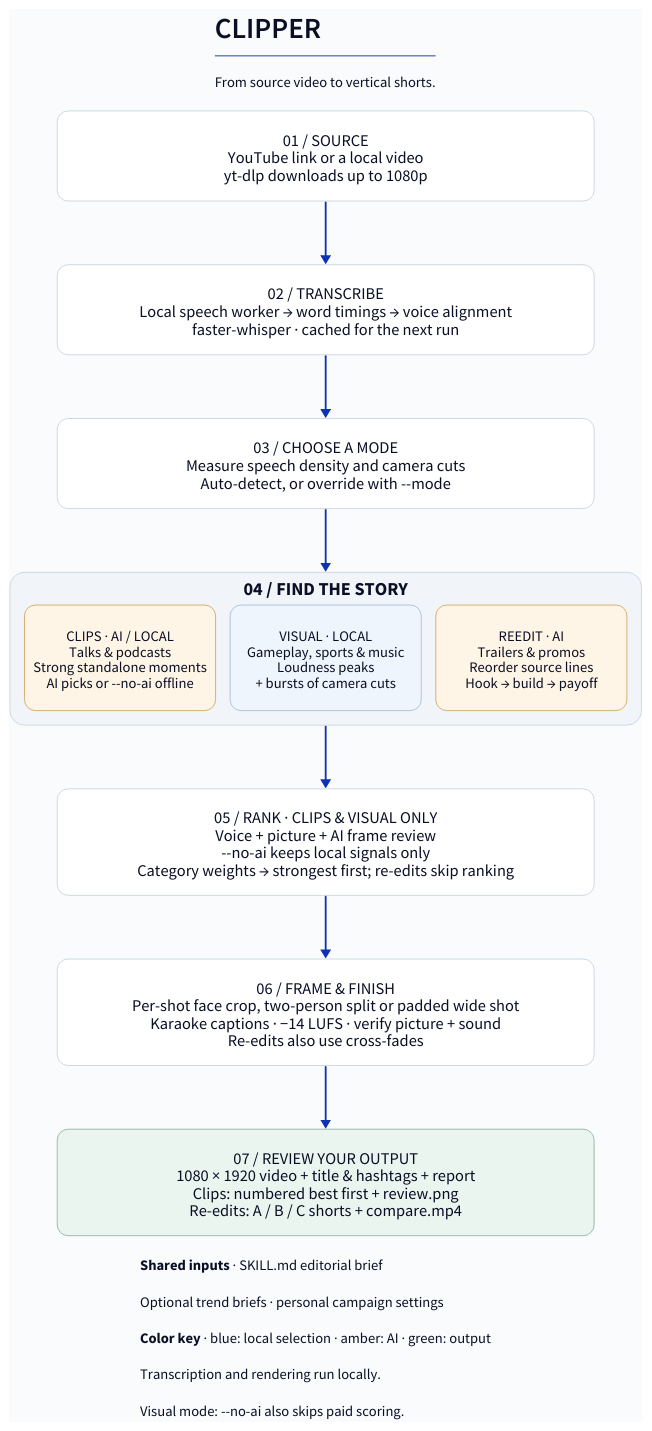
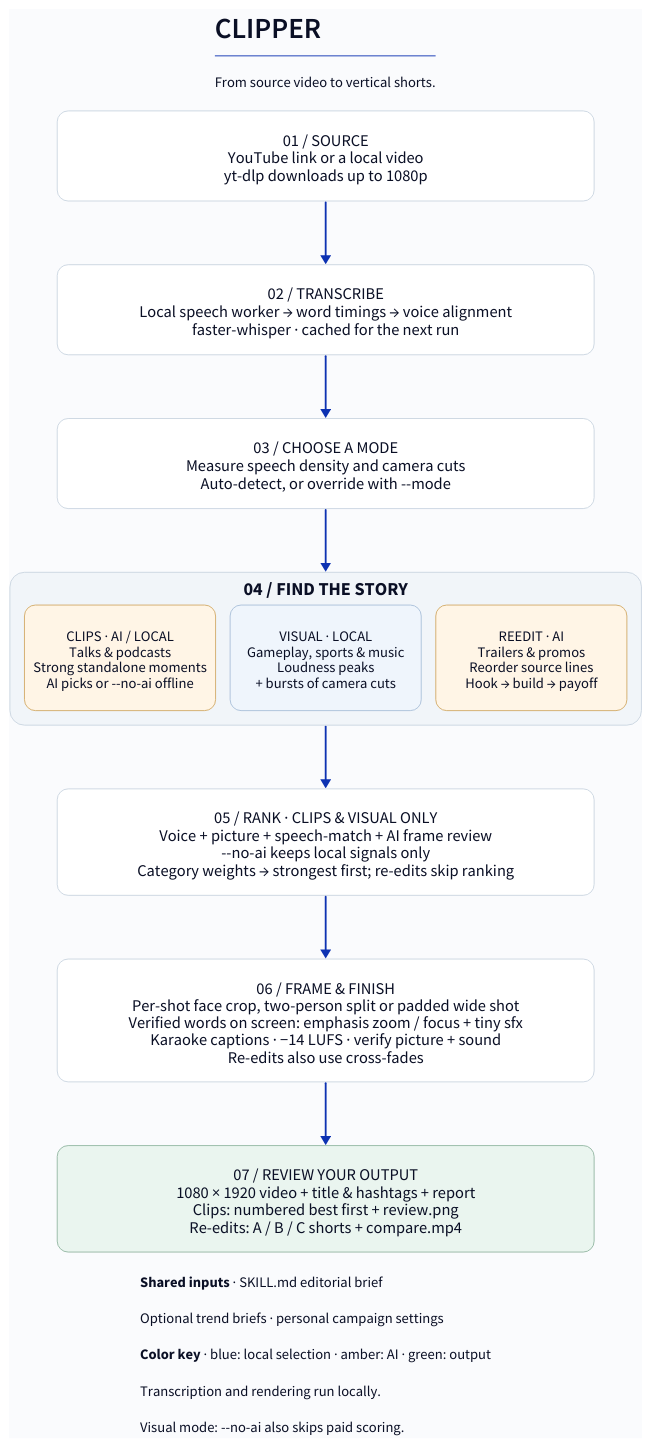
One commit to vaclavikjonas373-dotcom/clipper changed the diagram in docs/architecture/pipeline.d2. Above: the diagram before and after it, drawn with D2. The commit also changed 19 other files, not shown here.

```diff
--- a/docs/architecture/pipeline.d2
+++ b/docs/architecture/pipeline.d2
@@ -1,48 +1,48 @@
 # Portrait overview. Regenerate with: bash docs/architecture/render.sh
 vars: {d2-config: {layout-engine: elk; theme-id: 0; pad: 32}}
 direction: down
 style: {fill: "#FAFBFD"; font-color: "#182B42"}
 classes: {
   step: {width: 590; style: {fill: "#FFFFFF"; stroke: "#CBD5E1"; stroke-width: 1; border-radius: 12; bold: false; font-size: 18}}
   local: {style: {fill: "#EFF5FC"; stroke: "#A9BFD9"; stroke-width: 1; border-radius: 12; bold: false; font-size: 16}}
   ai: {style: {fill: "#FFF5E6"; stroke: "#D2AB68"; stroke-width: 1; border-radius: 12; bold: false; font-size: 16}}
   group: {style: {fill: "#F1F5F9"; stroke: "#CBD5E1"; stroke-width: 1; border-radius: 16; font-size: 20; bold: true}}
 }
 title: |md
   # CLIPPER
   From source video to vertical shorts.
 | {near: top-center}
 
 source: "01  /  SOURCE\nYouTube link or a local video\nyt-dlp downloads up to 1080p" {class: step}
 listen: "02  /  TRANSCRIBE\nLocal speech worker → word timings → voice alignment\nfaster-whisper · cached for the next run" {class: step}
 route: "03  /  CHOOSE A MODE\nMeasure speech density and camera cuts\nAuto-detect, or override with --mode" {class: step}
 select: "04  /  FIND THE STORY" {
   class: group
   grid-columns: 3
   grid-gap: 16
   talk: "CLIPS · AI / LOCAL\nTalks & podcasts\nStrong standalone moments\nAI picks or --no-ai offline" {class: ai; width: 210; height: 116}
   visual: "VISUAL · LOCAL\nGameplay, sports & music\nLoudness peaks\n+ bursts of camera cuts" {class: local; width: 210; height: 116}
   story: "REEDIT · AI\nTrailers & promos\nReorder source lines\nHook → build → payoff" {class: ai; width: 210; height: 116}
 }
-rank: "05  /  RANK · CLIPS & VISUAL ONLY\nVoice + picture + AI frame review\n--no-ai keeps local signals only\nCategory weights → strongest first; re-edits skip ranking" {class: step}
-make: "06  /  FRAME & FINISH\nPer-shot face crop, two-person split or padded wide shot\nKaraoke captions · −14 LUFS · verify picture + sound\nRe-edits also use cross-fades" {class: step}
+rank: "05  /  RANK · CLIPS & VISUAL ONLY\nVoice + picture + speech-match + AI frame review\n--no-ai keeps local signals only\nCategory weights → strongest first; re-edits skip ranking" {class: step}
+make: "06  /  FRAME & FINISH\nPer-shot face crop, two-person split or padded wide shot\nVerified words on screen: emphasis zoom / focus + tiny sfx\nKaraoke captions · −14 LUFS · verify picture + sound\nRe-edits also use cross-fades" {class: step}
 result: "07  /  REVIEW YOUR OUTPUT\n1080 × 1920 video + title & hashtags + report\nClips: numbered best first + review.png\nRe-edits: A / B / C shorts + compare.mp4" {
   class: step
   style: {fill: "#EAF5EF"; stroke: "#93B7A3"}
 }
 source -> listen -> route -> select
 select -> rank
 rank -> make
 make -> result
 
 notes: |md
   **Shared inputs** · SKILL.md editorial brief
 
   Optional trend briefs · personal campaign settings
 
   **Color key** · blue: local selection · amber: AI · green: output
 
   Transcription and rendering run locally.
 
   Visual mode: --no-ai also skips paid scoring.
 | {near: bottom-center}
```
